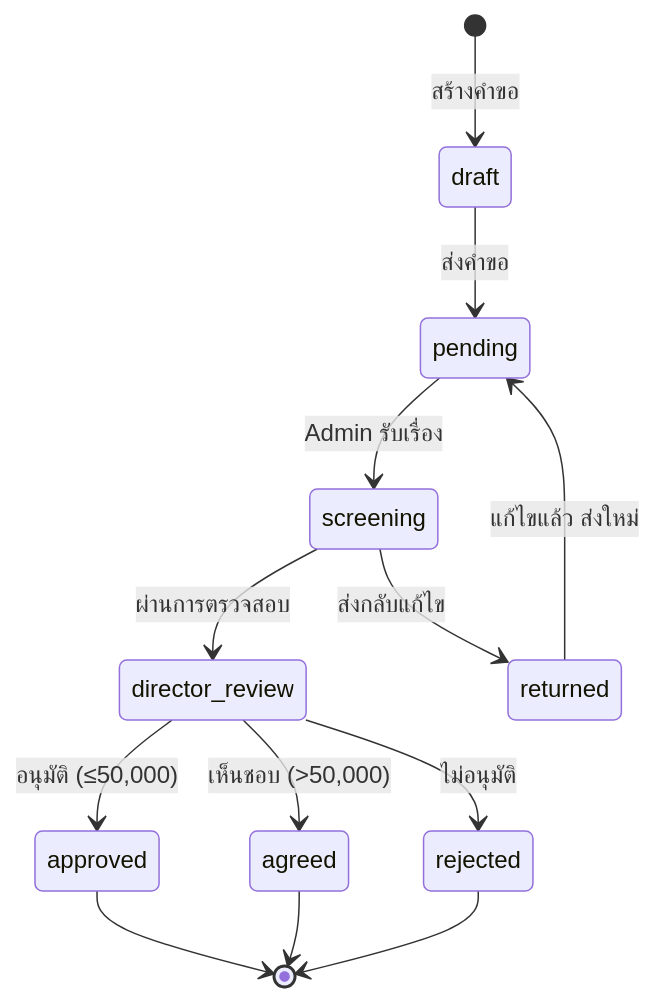
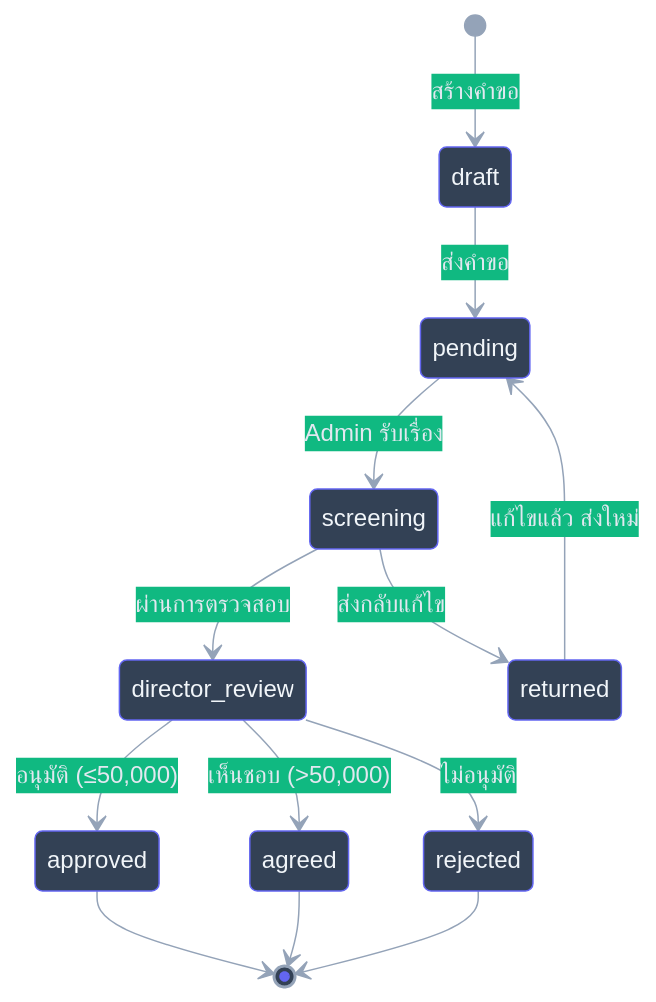
One commit to Burist106/RSCApproval changed the second of 4 diagrams in docs/ER-Diagram.md. Above: the diagram before and after it, drawn with Mermaid. The commit also changed other lines of this file, not shown here.

Commit message:
feat: Enhance ER Diagram with Dark Mode support and improve styling for better visualization

````diff
--- a/docs/ER-Diagram.md
+++ b/docs/ER-Diagram.md
@@ -478,15 +481,16 @@
 ```mermaid
+%%{init: {'theme': 'base', 'themeVariables': { 'primaryColor': '#4f46e5', 'primaryTextColor': '#ffffff', 'primaryBorderColor': '#6366f1', 'lineColor': '#94a3b8', 'secondaryColor': '#10b981', 'tertiaryColor': '#f59e0b', 'background': '#1e293b', 'mainBkg': '#334155', 'textColor': '#f1f5f9', 'labelTextColor': '#f1f5f9', 'stateBkg': '#334155', 'stateLabelColor': '#f1f5f9', 'transitionColor': '#94a3b8', 'transitionLabelColor': '#e2e8f0', 'fontFamily': 'system-ui, -apple-system, sans-serif' }}}%%
 stateDiagram-v2
     [*] --> draft: สร้างคำขอ
     draft --> pending: ส่งคำขอ
     pending --> screening: Admin รับเรื่อง
     screening --> director_review: ผ่านการตรวจสอบ
     screening --> returned: ส่งกลับแก้ไข
     director_review --> approved: อนุมัติ (≤50,000)
     director_review --> agreed: เห็นชอบ (>50,000)
     director_review --> rejected: ไม่อนุมัติ
     returned --> pending: แก้ไขแล้ว ส่งใหม่
     approved --> [*]
     agreed --> [*]
     rejected --> [*]
 ```
````
